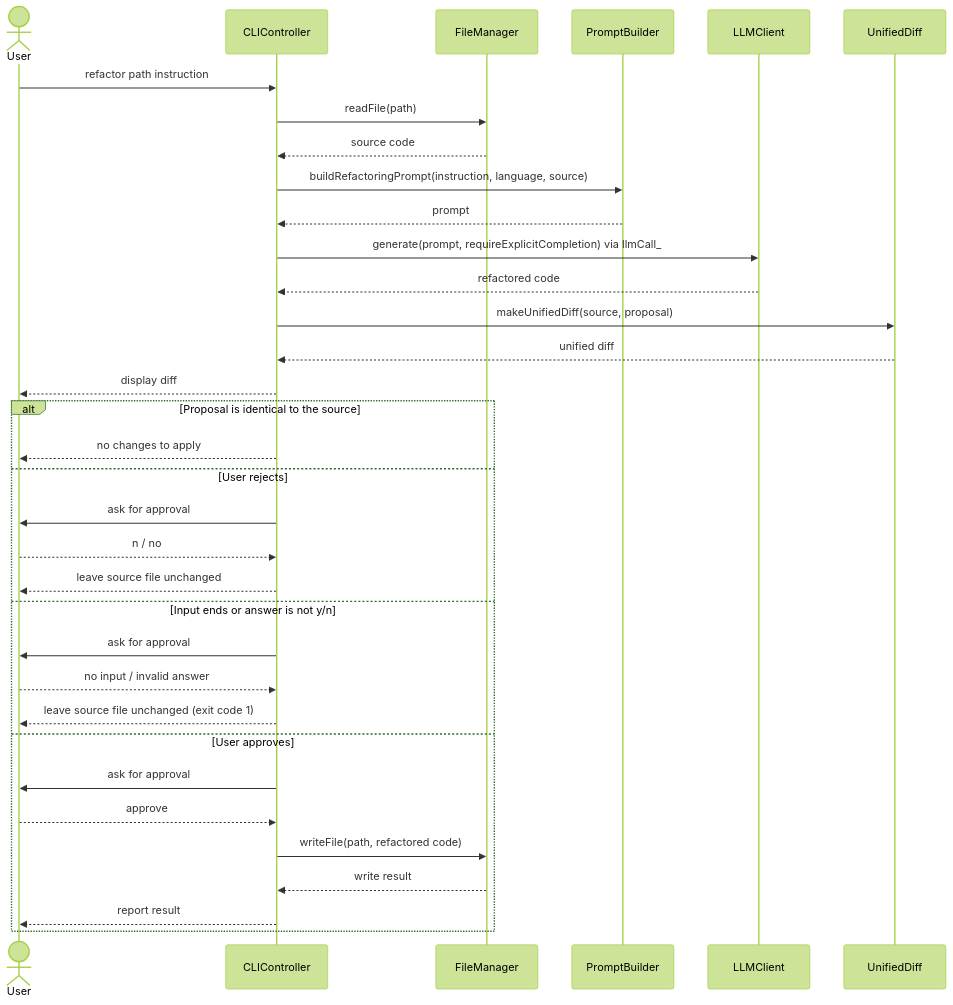
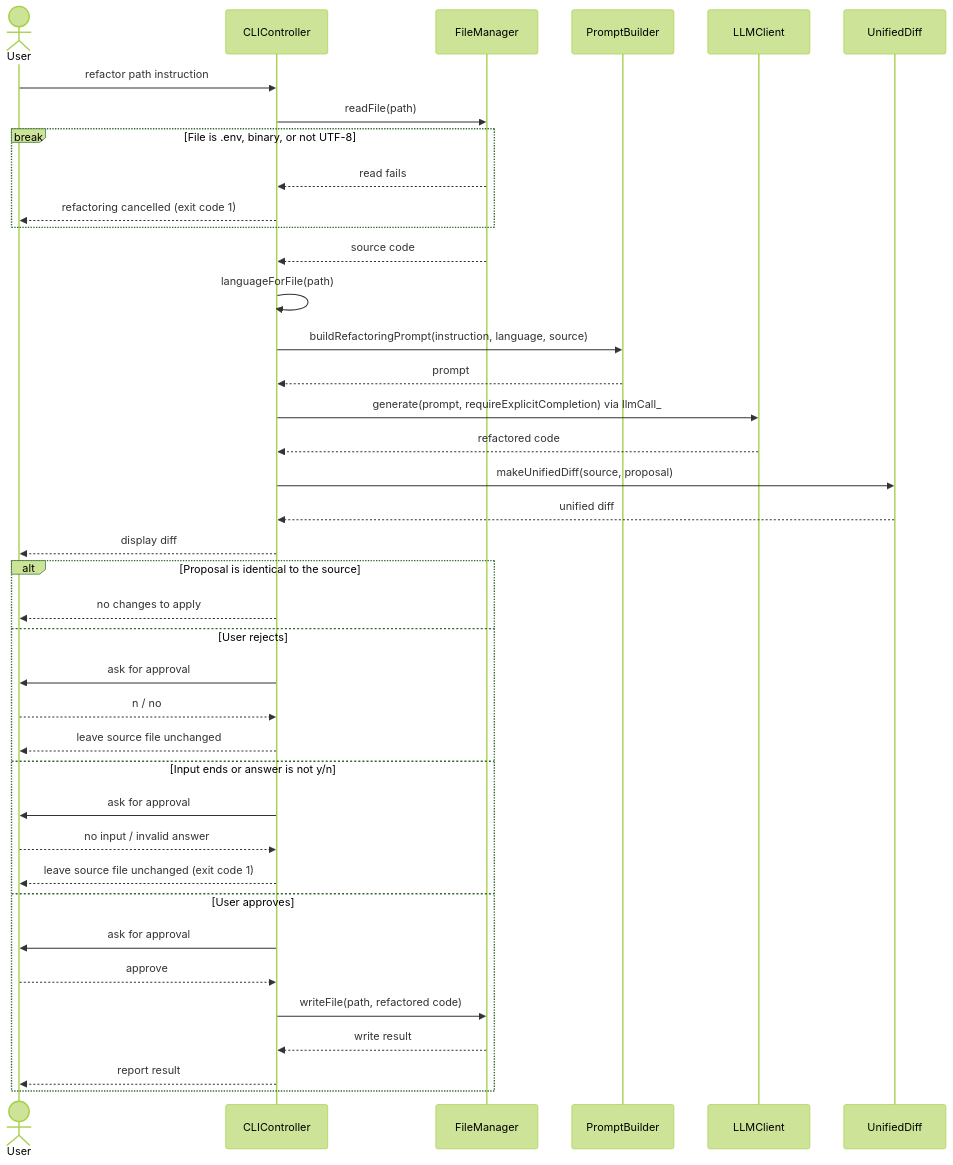
One commit to LalitAdithya1/LLM-CLI-Copilot-Integration changed the third of 5 diagrams in UML-diagrams.md. Above: the diagram before and after it, drawn with Mermaid (forest theme). The commit also changed other lines of this file, not shown here.

````diff
--- a/UML-diagrams.md
+++ b/UML-diagrams.md
@@ -246,37 +265,42 @@
 ```mermaid
 sequenceDiagram
     actor User
     participant CLI as CLIController
     participant Files as FileManager
     participant Builder as PromptBuilder
     participant LLM as LLMClient
     participant Diff as UnifiedDiff
 
     User->>CLI: refactor path instruction
     CLI->>Files: readFile(path)
+    break File is .env, binary, or not UTF-8
+        Files-->>CLI: read fails
+        CLI-->>User: refactoring cancelled (exit code 1)
+    end
     Files-->>CLI: source code
+    CLI->>CLI: languageForFile(path)
     CLI->>Builder: buildRefactoringPrompt(instruction, language, source)
     Builder-->>CLI: prompt
     CLI->>LLM: generate(prompt, requireExplicitCompletion) via llmCall_
     LLM-->>CLI: refactored code
     CLI->>Diff: makeUnifiedDiff(source, proposal)
     Diff-->>CLI: unified diff
     CLI-->>User: display diff
     alt Proposal is identical to the source
         CLI-->>User: no changes to apply
     else User rejects
         CLI->>User: ask for approval
         User-->>CLI: n / no
         CLI-->>User: leave source file unchanged
     else Input ends or answer is not y/n
         CLI->>User: ask for approval
         User-->>CLI: no input / invalid answer
         CLI-->>User: leave source file unchanged (exit code 1)
     else User approves
         CLI->>User: ask for approval
         User-->>CLI: approve
         CLI->>Files: writeFile(path, refactored code)
         Files-->>CLI: write result
         CLI-->>User: report result
     end
 ```
````
